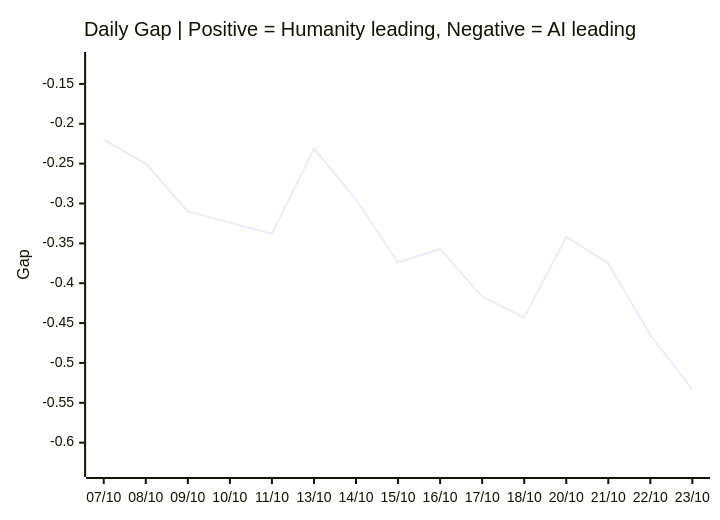
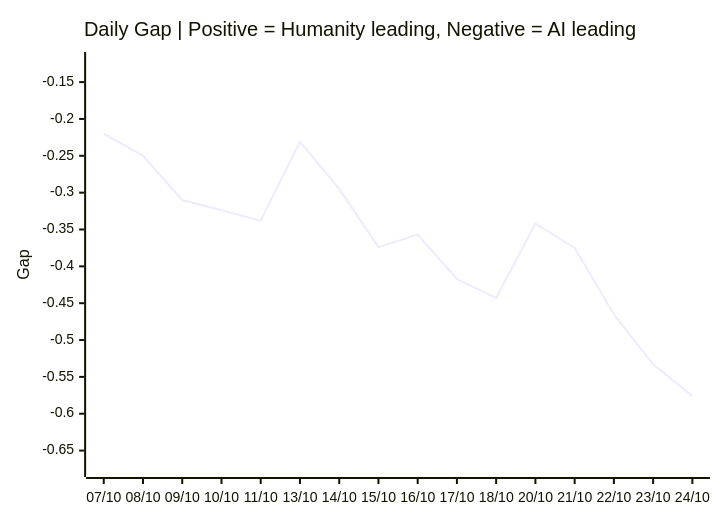
The third of 3 diagrams in README.md (VQQLK/Human-AI-Monitor), drawn with Mermaid before and after one commit. The commit also changed other lines of this file and 5 other files, not shown here.

````diff
--- a/README.md
+++ b/README.md
@@ -55,7 +55,7 @@
 ```mermaid
 xychart-beta
     title "Daily Gap | Positive = Humanity leading, Negative = AI leading"
-    x-axis ["07/10", "08/10", "09/10", "10/10", "11/10", "13/10", "14/10", "15/10", "16/10", "17/10", "18/10", "20/10", "21/10", "22/10", "23/10"]
-    y-axis "Gap" -0.633 --> -0.120
-    line [-0.220, -0.250, -0.310, -0.324, -0.338, -0.231, -0.295, -0.374, -0.357, -0.417, -0.443, -0.342, -0.375, -0.465, -0.533]
+    x-axis ["07/10", "08/10", "09/10", "10/10", "11/10", "13/10", "14/10", "15/10", "16/10", "17/10", "18/10", "20/10", "21/10", "22/10", "23/10", "24/10"]
+    y-axis "Gap" -0.675 --> -0.120
+    line [-0.220, -0.250, -0.310, -0.324, -0.338, -0.231, -0.295, -0.374, -0.357, -0.417, -0.443, -0.342, -0.375, -0.465, -0.533, -0.576]
 ```
````
